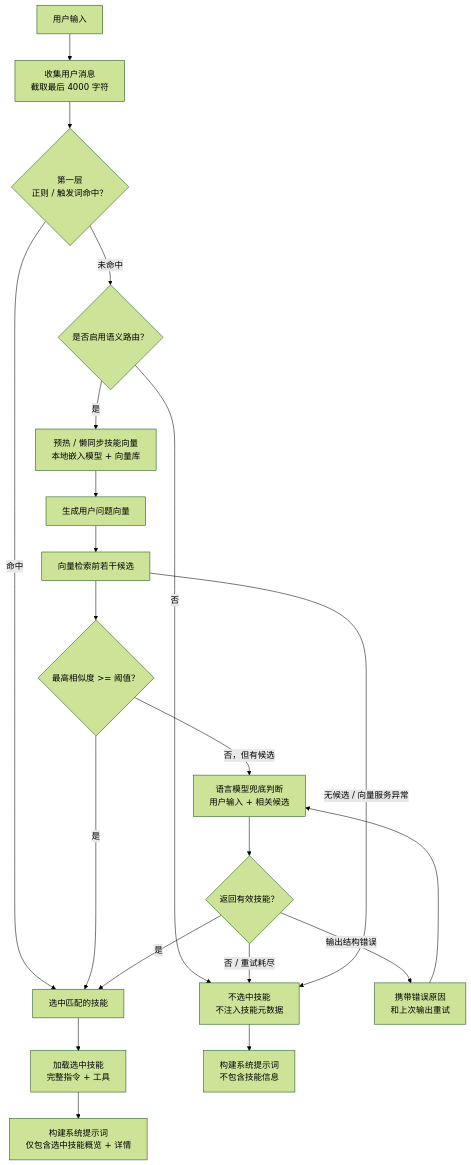
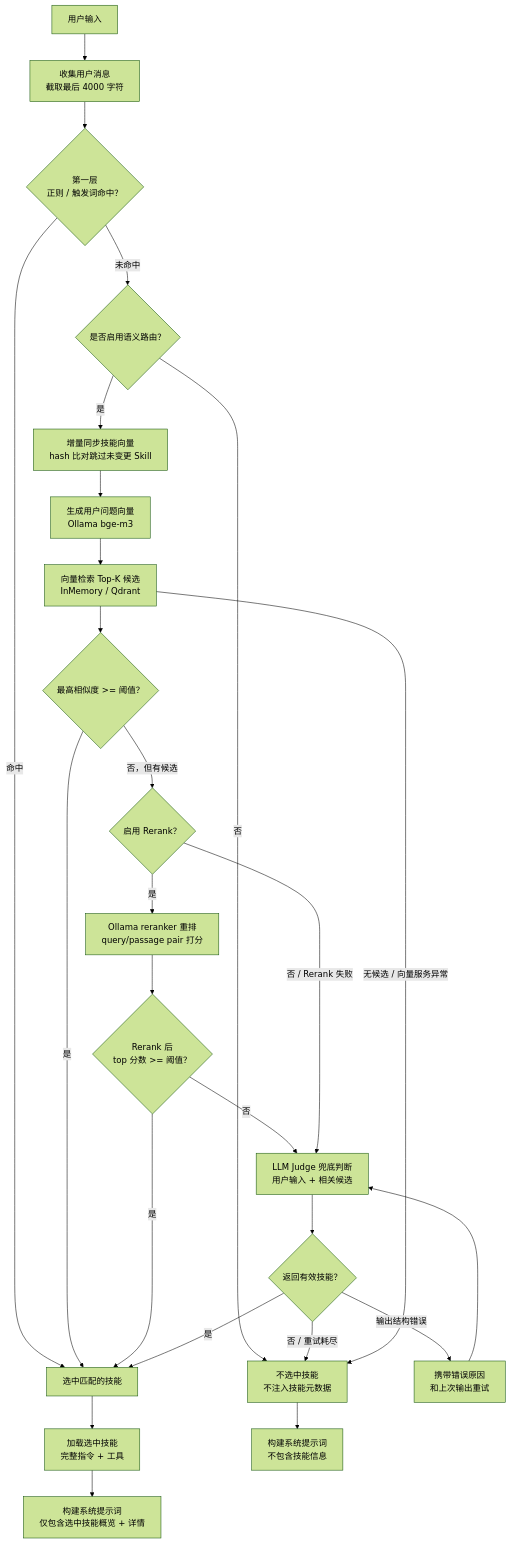
The fifth of 11 diagrams in 技术方案报告.md (YachuanWzh/huamulan-agent), drawn with Mermaid (forest theme) before and after one commit. The commit also changed other lines of this file, not shown here.

````diff
--- a/技术方案报告.md
+++ b/技术方案报告.md
@@ -384,24 +384,32 @@
 ```mermaid
 flowchart TD
     A["用户输入"] --> B["收集用户消息<br/>截取最后 4000 字符"]
     B --> C{"第一层<br/>正则 / 触发词命中？"}
     C -->|"命中"| D["选中匹配的技能"]
     D --> E["加载选中技能<br/>完整指令 + 工具"]
     E --> F["构建系统提示词<br/>仅包含选中技能概览 + 详情"]
 
     C -->|"未命中"| G{"是否启用语义路由？"}
     G -->|"否"| N["不选中技能<br/>不注入技能元数据"]
-    G -->|"是"| H["预热 / 懒同步技能向量<br/>本地嵌入模型 + 向量库"]
-    H --> I["生成用户问题向量"]
-    I --> J["向量检索前若干候选"]
+    G -->|"是"| H["增量同步技能向量<br/>hash 比对跳过未变更 Skill"]
+    H --> I["生成用户问题向量<br/>Ollama bge-m3"]
+    I --> J["向量检索 Top-K 候选<br/>InMemory / Qdrant"]
     J --> K{"最高相似度 >= 阈值？"}
     K -->|"是"| D
-    K -->|"否，但有候选"| L["语言模型兜底判断<br/>用户输入 + 相关候选"]
+
+    K -->|"否，但有候选"| RR{"启用 Rerank？"}
+    RR -->|"是"| RR2["Ollama reranker 重排<br/>query/passage pair 打分"]
+    RR2 --> RR3{"Rerank 后<br/>top 分数 >= 阈值？"}
+    RR3 -->|"是"| D
+    RR3 -->|"否"| L
+    RR -->|"否 / Rerank 失败"| L
+
+    L["LLM Judge 兜底判断<br/>用户输入 + 相关候选"]
     L --> M{"返回有效技能？"}
     M -->|"是"| D
     M -->|"输出结构错误"| R["携带错误原因<br/>和上次输出重试"]
     R --> L
     M -->|"否 / 重试耗尽"| N
     J -->|"无候选 / 向量服务异常"| N
     N --> O["构建系统提示词<br/>不包含技能信息"]
 ```
````
